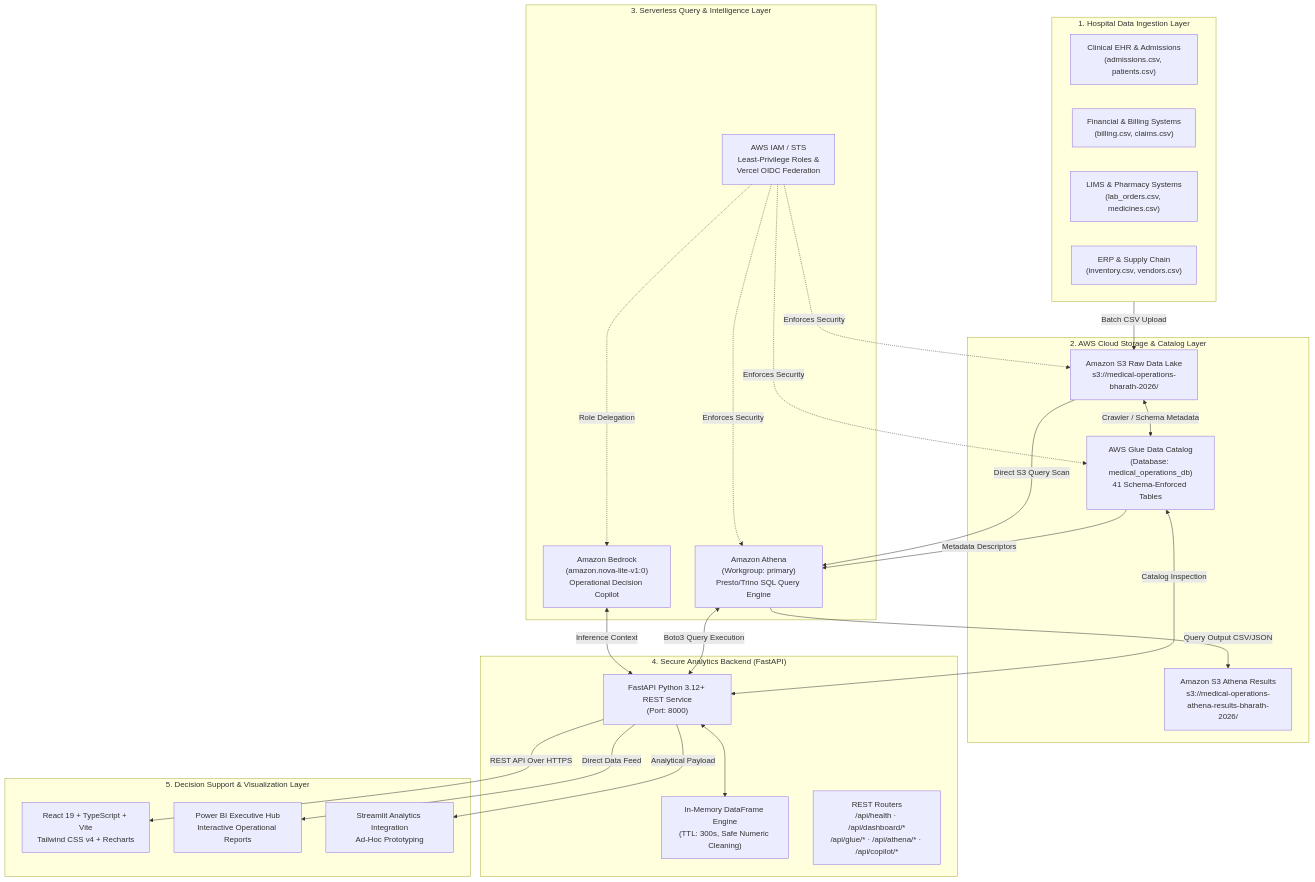
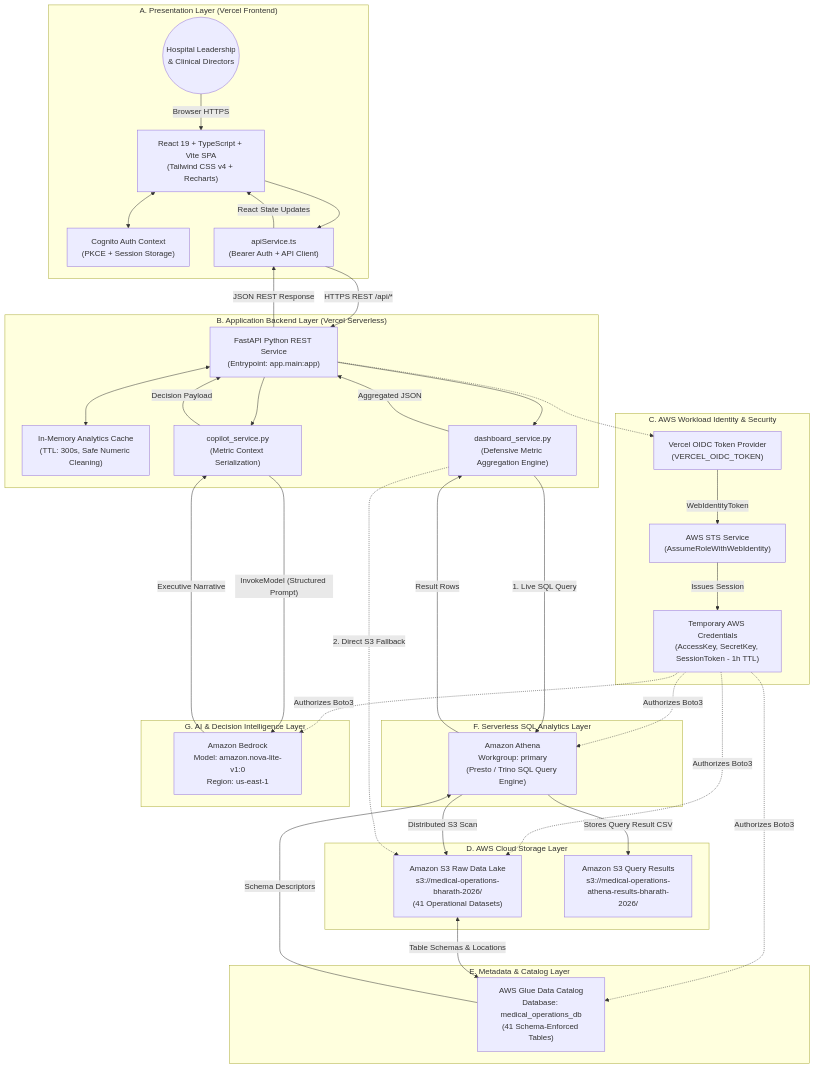
Before and after one commit to kummariBharath/Development-of-Healthcare-Operations-Intelligence-Dashboard-with-Decision-Analytics: the first of 2 diagrams in README.md, drawn with Mermaid. The commit also changed other lines of this file, not shown here.

Commit message:
docs: refresh README with current architecture, Vercel deployment, and 20-module suite

````diff
--- a/README.md
+++ b/README.md
@@ -146,53 +151,74 @@
 ```mermaid
 flowchart TB
-    subgraph DataSources["1. Hospital Data Ingestion Layer"]
-        A1["Clinical EHR & Admissions\n(admissions.csv, patients.csv)"]
-        A2["Financial & Billing Systems\n(billing.csv, claims.csv)"]
-        A3["LIMS & Pharmacy Systems\n(lab_orders.csv, medicines.csv)"]
-        A4["ERP & Supply Chain\n(inventory.csv, vendors.csv)"]
+    subgraph LayerA["A. Presentation Layer (Vercel Frontend)"]
+        User(("Hospital Leadership\n& Clinical Directors"))
+        ReactApp["React 19 + TypeScript + Vite SPA\n(Tailwind CSS v4 + Recharts)"]
+        CognitoAuth["Cognito Auth Context\n(PKCE + Session Storage)"]
+        ApiService["apiService.ts\n(Bearer Auth + API Client)"]
+        User -->|"Browser HTTPS"| ReactApp
+        ReactApp <--> CognitoAuth
+        ReactApp --> ApiService
     end
 
-    subgraph AWSStorage["2. AWS Cloud Storage & Catalog Layer"]
-        S3Raw["Amazon S3 Raw Data Lake\ns3://medical-operations-bharath-2026/"]
-        GlueCat["AWS Glue Data Catalog\n(Database: medical_operations_db)\n41 Schema-Enforced Tables"]
-        S3Results["Amazon S3 Athena Results\ns3://medical-operations-athena-results-bharath-2026/"]
+    subgraph LayerB["B. Application Backend Layer (Vercel Serverless)"]
+        FastAPI["FastAPI Python REST Service\n(Entrypoint: app.main:app)"]
+        MemCache["In-Memory Analytics Cache\n(TTL: 300s, Safe Numeric Cleaning)"]
+        DashboardSvc["dashboard_service.py\n(Defensive Metric Aggregation Engine)"]
+        CopilotSvc["copilot_service.py\n(Metric Context Serialization)"]
+        ApiService -->|"HTTPS REST /api/*"| FastAPI
+        FastAPI <--> MemCache
+        FastAPI --> DashboardSvc
+        FastAPI --> CopilotSvc
     end
 
-    subgraph AWSCompute["3. Serverless Query & Intelligence Layer"]
-        Athena["Amazon Athena\n(Workgroup: primary)\nPresto/Trino SQL Query Engine"]
-        Bedrock["Amazon Bedrock\n(amazon.nova-lite-v1:0)\nOperational Decision Copilot"]
-        IAM["AWS IAM / STS\nLeast-Privilege Roles &\nVercel OIDC Federation"]
+    subgraph LayerC["C. AWS Workload Identity & Security"]
+        VercelOIDC["Vercel OIDC Token Provider\n(VERCEL_OIDC_TOKEN)"]
+        AWSSTS["AWS STS Service\n(AssumeRoleWithWebIdentity)"]
+        TempCreds["Temporary AWS Credentials\n(AccessKey, SecretKey, SessionToken - 1h TTL)"]
+        FastAPI -.-> VercelOIDC
+        VercelOIDC -->|"WebIdentityToken"| AWSSTS
+        AWSSTS -->|"Issues Session"| TempCreds
     end
 
-    subgraph BackendAPI["4. Secure Analytics Backend (FastAPI)"]
-        FastAPI["FastAPI Python 3.12+ REST Service\n(Port: 8000)"]
-        Cache["In-Memory DataFrame Engine\n(TTL: 300s, Safe Numeric Cleaning)"]
-        Routers["REST Routers\n/api/health · /api/dashboard/*\n/api/glue/* · /api/athena/* · /api/copilot/*"]
+    subgraph LayerD["D. AWS Cloud Storage Layer"]
+        S3Data["Amazon S3 Raw Data Lake\ns3://medical-operations-bharath-2026/\n(41 Operational Datasets)"]
+        S3Athena["Amazon S3 Query Results\ns3://medical-operations-athena-results-bharath-2026/"]
     end
 
-    subgraph FrontendBI["5. Decision Support & Visualization Layer"]
-        ReactApp["React 19 + TypeScript + Vite\nTailwind CSS v4 + Recharts"]
-        PowerBIHub["Power BI Executive Hub\nInteractive Operational Reports"]
-        StreamlitHub["Streamlit Analytics Integration\nAd-Hoc Prototyping"]
+    subgraph LayerE["E. Metadata & Catalog Layer"]
+        Glue["AWS Glue Data Catalog\nDatabase: medical_operations_db\n(41 Schema-Enforced Tables)"]
     end
 
-    DataSources -->|Batch CSV Upload| S3Raw
-    S3Raw <-->|Crawler / Schema Metadata| GlueCat
-    GlueCat -->|Metadata Descriptors| Athena
-    S3Raw -->|Direct S3 Query Scan| Athena
-    Athena -->|Query Output CSV/JSON| S3Results
+    subgraph LayerF["F. Serverless SQL Analytics Layer"]
+        Athena["Amazon Athena\nWorkgroup: primary\n(Presto / Trino SQL Query Engine)"]
+    end
 
-    IAM -.->|Enforces Security| S3Raw
-    IAM -.->|Enforces Security| Athena
-    IAM -.->|Enforces Security| GlueCat
-    IAM -.->|Role Delegation| Bedrock
+    subgraph LayerG["G. AI & Decision Intelligence Layer"]
+        Bedrock["Amazon Bedrock\nModel: amazon.nova-lite-v1:0\nRegion: us-east-1"]
+    end
 
-    Athena <-->|Boto3 Query Execution| FastAPI
-    Bedrock <-->|Inference Context| FastAPI
-    GlueCat <-->|Catalog Inspection| FastAPI
-    FastAPI <--> Cache
+    %% Wiring Security & Storage
+    TempCreds -.->|"Authorizes Boto3"| Athena
+    TempCreds -.->|"Authorizes Boto3"| Glue
+    TempCreds -.->|"Authorizes Boto3"| S3Data
+    TempCreds -.->|"Authorizes Boto3"| Bedrock
 
-    FastAPI -->|REST API Over HTTPS| ReactApp
-    FastAPI -->|Direct Data Feed| PowerBIHub
-    FastAPI -->|Analytical Payload| StreamlitHub
+    %% Data Processing Flow
+    S3Data <-->|"Table Schemas & Locations"| Glue
+    Glue -->|"Schema Descriptors"| Athena
+    Athena -->|"Distributed S3 Scan"| S3Data
+    Athena -->|"Stores Query Result CSV"| S3Athena
+
+    %% Backend Execution
+    DashboardSvc -->|"1. Live SQL Query"| Athena
+    DashboardSvc -.->|"2. Direct S3 Fallback"| S3Data
+    CopilotSvc -->|"InvokeModel (Structured Prompt)"| Bedrock
+
+    %% Layer H: Response Path
+    Athena -->|"Result Rows"| DashboardSvc
+    Bedrock -->|"Executive Narrative"| CopilotSvc
+    DashboardSvc -->|"Aggregated JSON"| FastAPI
+    CopilotSvc -->|"Decision Payload"| FastAPI
+    FastAPI -->|"JSON REST Response"| ApiService
+    ApiService -->|"React State Updates"| ReactApp
 ```
````
